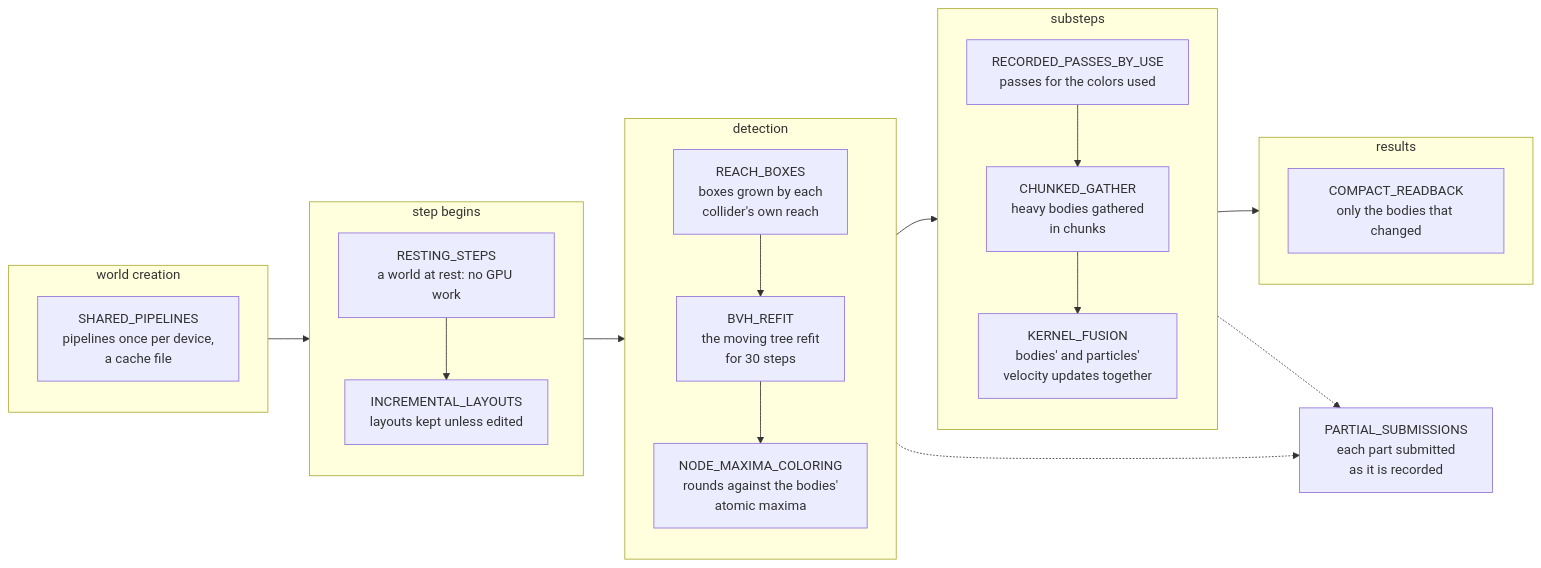
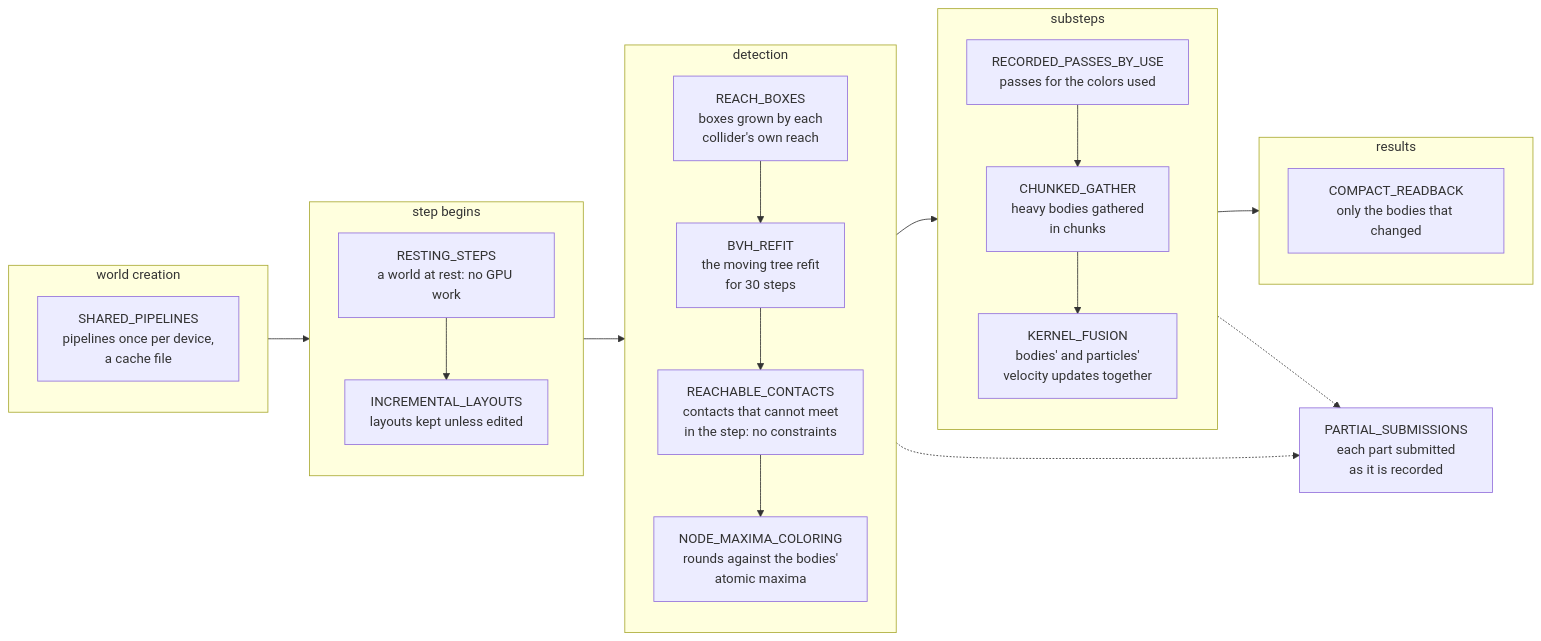
One commit to bueno-mhc/gfx changed diagram 40 of 41 in docs/architecture.md. Above: the diagram before and after it, drawn with Mermaid. The commit also changed other lines of this file and 11 other files, not shown here.

````diff
--- a/docs/architecture.md
+++ b/docs/architecture.md
@@ -1667,27 +1667,28 @@
 ```mermaid
 flowchart LR
     subgraph creation_stage["world creation"]
         shared_pipelines["SHARED_PIPELINES<br/>pipelines once per device,<br/>a cache file"]
     end
     subgraph begin_stage["step begins"]
         direction TB
         resting["RESTING_STEPS<br/>a world at rest: no GPU work"] --> layouts["INCREMENTAL_LAYOUTS<br/>layouts kept unless edited"]
     end
     subgraph detect_stage["detection"]
         direction TB
         reach["REACH_BOXES<br/>boxes grown by each<br/>collider's own reach"] --> refit["BVH_REFIT<br/>the moving tree refit<br/>for 30 steps"]
-        refit --> coloring_maxima["NODE_MAXIMA_COLORING<br/>rounds against the bodies'<br/>atomic maxima"]
+        refit --> reachable["REACHABLE_CONTACTS<br/>contacts that cannot meet<br/>in the step: no constraints"]
+        reachable --> coloring_maxima["NODE_MAXIMA_COLORING<br/>rounds against the bodies'<br/>atomic maxima"]
     end
     subgraph substep_stage["substeps"]
         direction TB
         by_use["RECORDED_PASSES_BY_USE<br/>passes for the colors used"] --> chunks["CHUNKED_GATHER<br/>heavy bodies gathered<br/>in chunks"]
         chunks --> fusion["KERNEL_FUSION<br/>bodies' and particles'<br/>velocity updates together"]
     end
     subgraph result_stage["results"]
         compact["COMPACT_READBACK<br/>only the bodies that changed"]
     end
     parts["PARTIAL_SUBMISSIONS<br/>each part submitted<br/>as it is recorded"]
     creation_stage --> begin_stage --> detect_stage --> substep_stage --> result_stage
     detect_stage -.-> parts
     substep_stage -.-> parts
 ```
````
